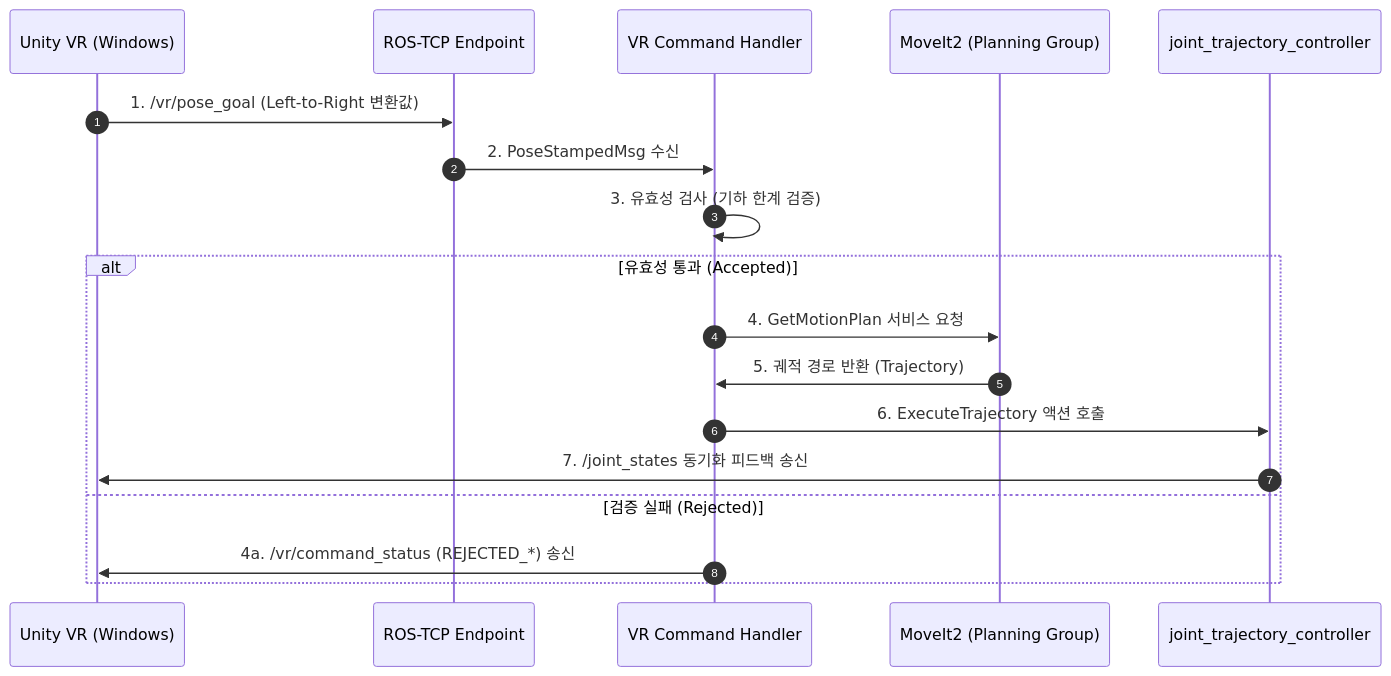
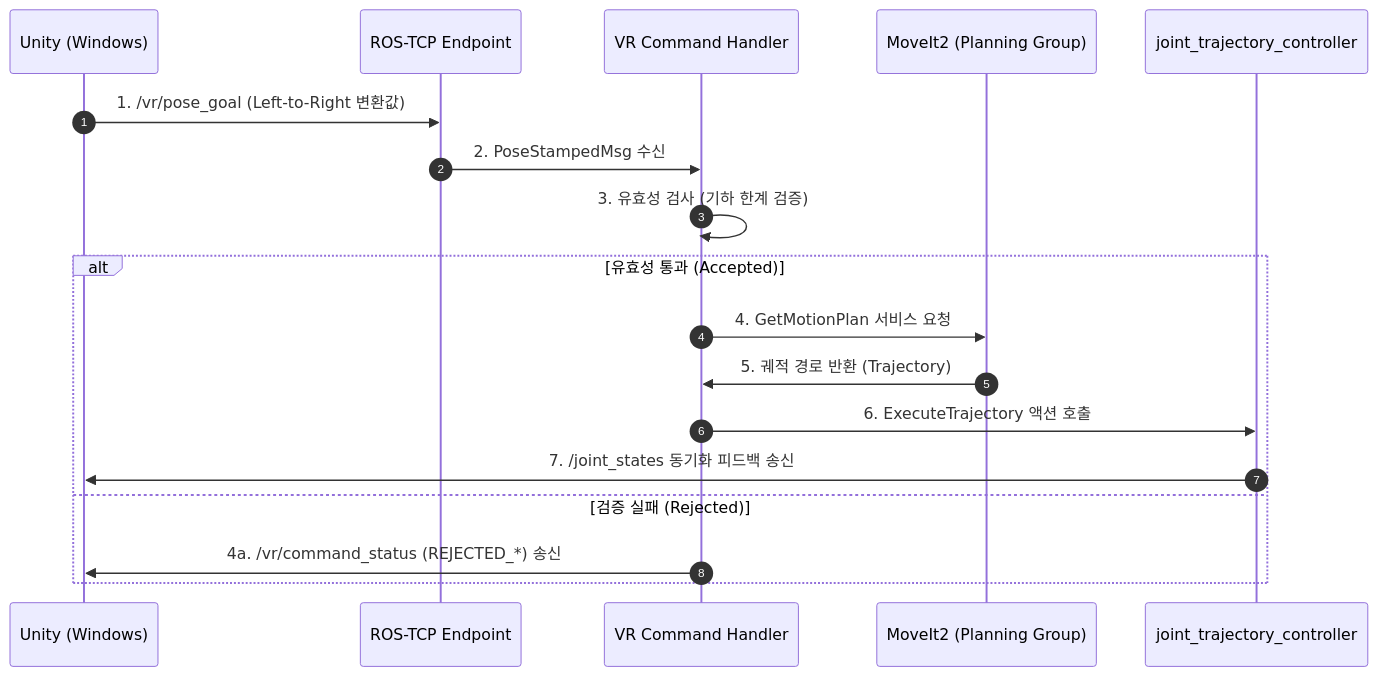
One commit to 0woo7391/VR_obot changed the diagram in README.md. Above: the diagram before and after it, drawn with Mermaid. The commit also changed other lines of this file, not shown here.

````diff
--- a/README.md
+++ b/README.md
@@ -13,21 +13,22 @@
 ```mermaid
 sequenceDiagram
     autonumber
-    participant Unity as Unity VR (Windows)
+    participant Unity as Unity (Windows)
     participant Bridge as ROS-TCP Endpoint
+
     participant Handler as VR Command Handler
     participant MoveIt as MoveIt2 (Planning Group)
     participant Controllers as joint_trajectory_controller
 
     Unity->>Bridge: 1. /vr/pose_goal (Left-to-Right 변환값)
     Bridge->>Handler: 2. PoseStampedMsg 수신
     Handler->>Handler: 3. 유효성 검사 (기하 한계 검증)
     alt 유효성 통과 (Accepted)
         Handler->>MoveIt: 4. GetMotionPlan 서비스 요청
         MoveIt->>Handler: 5. 궤적 경로 반환 (Trajectory)
         Handler->>Controllers: 6. ExecuteTrajectory 액션 호출
         Controllers->>Unity: 7. /joint_states 동기화 피드백 송신
     else 검증 실패 (Rejected)
         Handler->>Unity: 4a. /vr/command_status (REJECTED_*) 송신
     end
 ```
````
